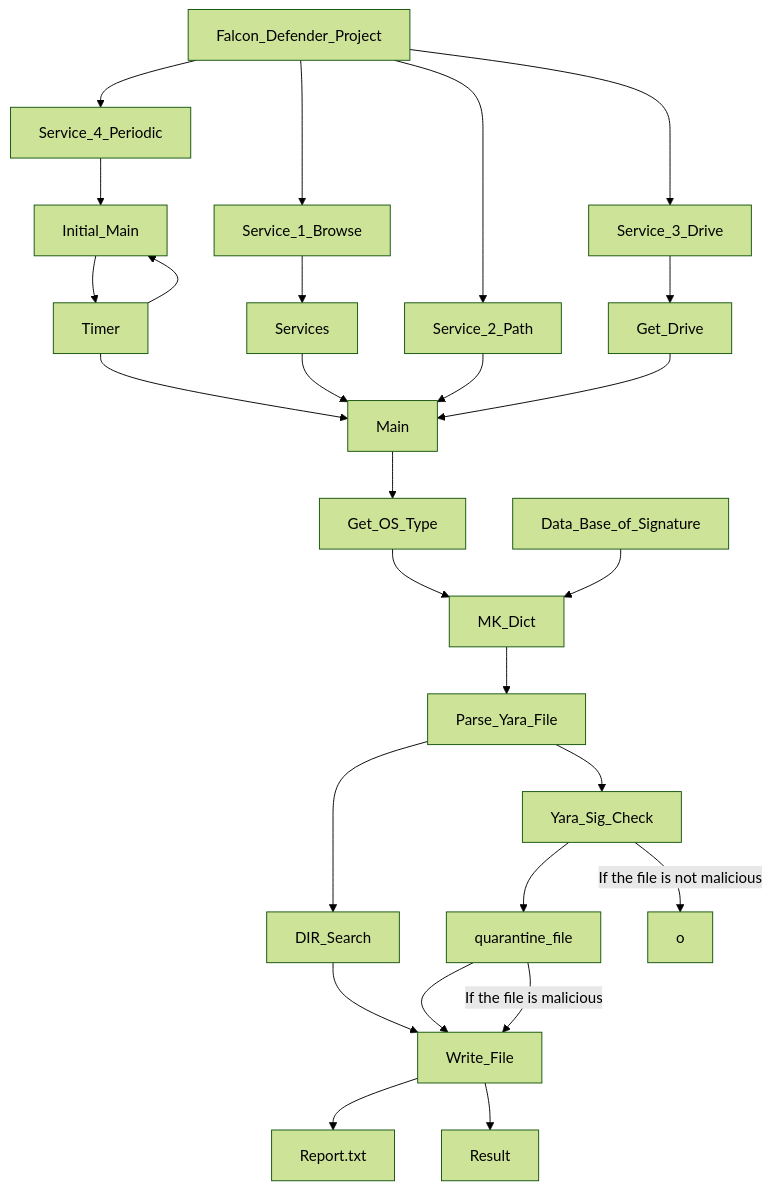
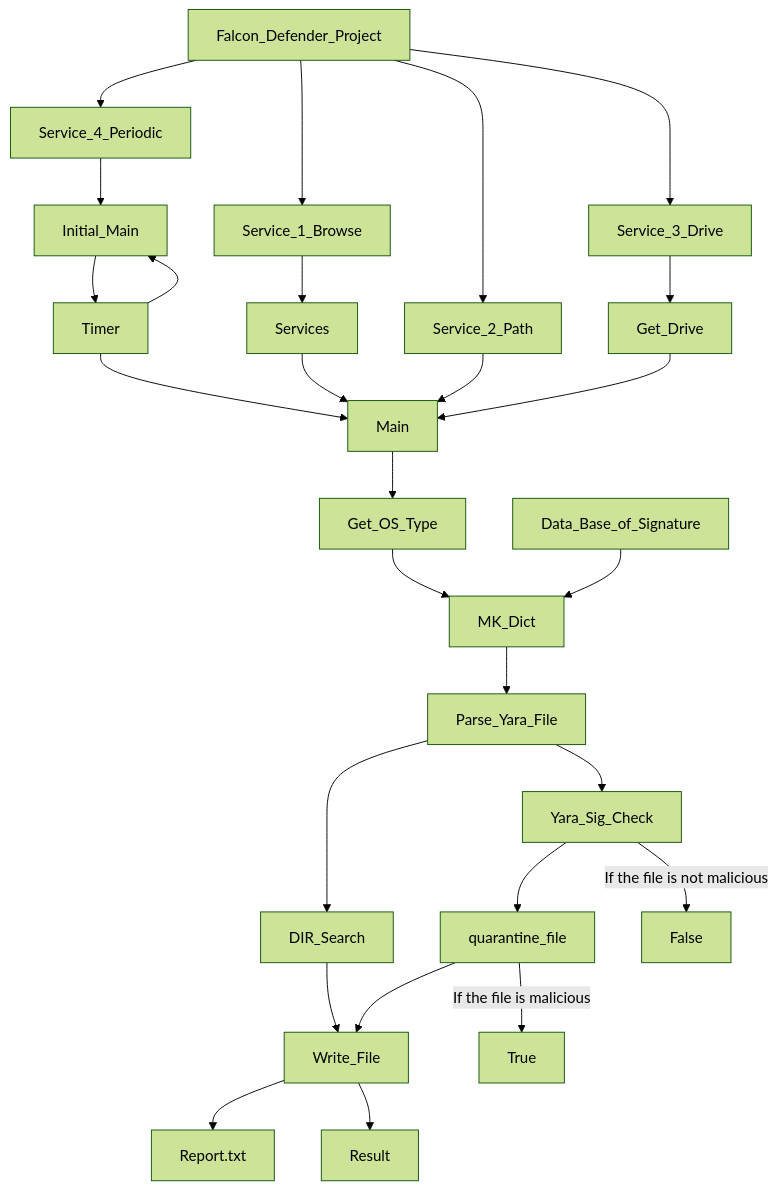
Before and after one commit to AyhamAsfoor/Falcon_Defender: the diagram in README.md, drawn with Mermaid (forest theme).

````diff
--- a/README.md
+++ b/README.md
@@ -68,29 +68,29 @@
 ```mermaid
 graph TD;
    Falcon_Defender_Project-->Service_1_Browse;
    Service_1_Browse-->Services;
    Falcon_Defender_Project-->Service_2_Path;
    Falcon_Defender_Project-->Service_3_Drive;
    Service_3_Drive-->Get_Drive;
    Falcon_Defender_Project-->Service_4_Periodic;
    Service_4_Periodic-->Initial_Main;
    Initial_Main-->Timer;
    Timer-->Initial_Main;
    Timer-->Main;
    Services-->Main;
    Service_2_Path-->Main;
    Get_Drive-->Main;
    Main-->Get_OS_Type;
    Get_OS_Type-->MK_Dict;
    Data_Base_of_Signature-->MK_Dict;
    MK_Dict-->Parse_Yara_File;
    Parse_Yara_File-->DIR_Search;
    Parse_Yara_File-->Yara_Sig_Check;
    DIR_Search-->Write_File;
    Yara_Sig_Check-->quarantine_file;
    quarantine_file-->Write_File;
-   Yara_Sig_Check-->|If the file is not malicious| o;
-   quarantine_file-->|If the file is malicious| Write_File;
+   Yara_Sig_Check-->|If the file is not malicious| False;
+   quarantine_file-->|If the file is malicious| True;
    Write_File-->Report_txt[Report.txt];
    Write_File-->Result[Result];
 ```
````
